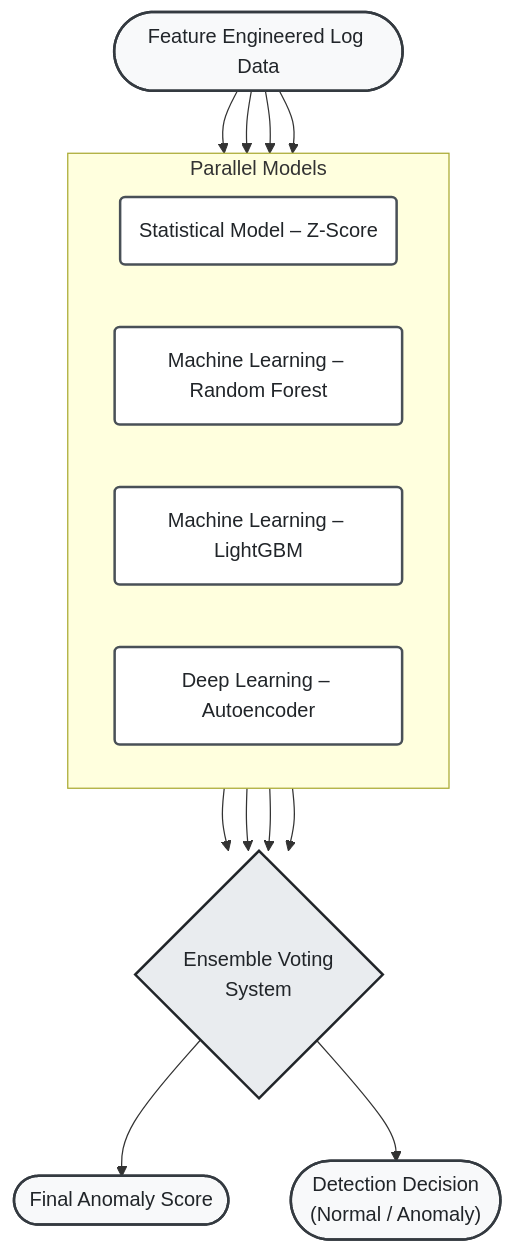
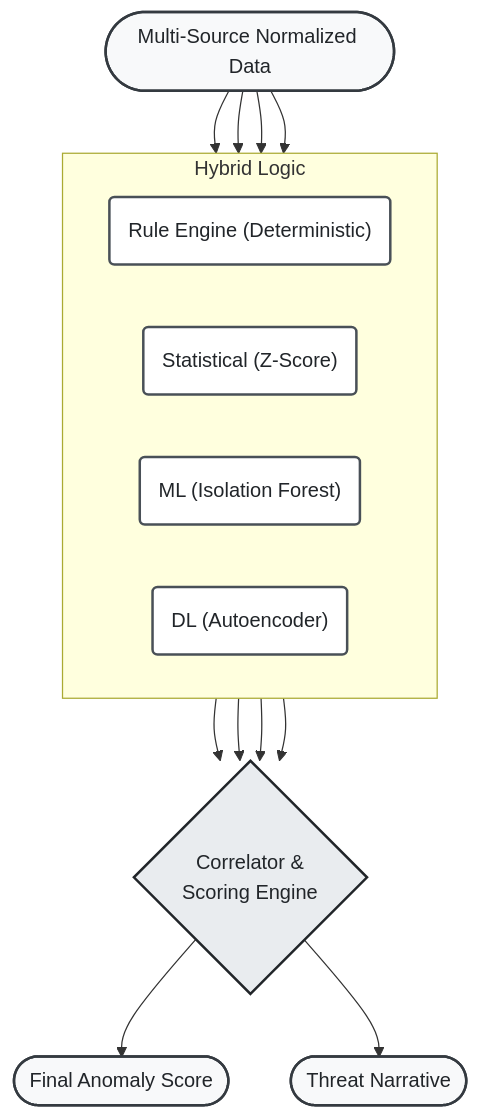
The second of 3 diagrams in architecture_diagrams.md (tsmanral/ai-security-log-agent), drawn with Mermaid before and after one commit. The commit also changed other lines of this file and 73 other files, not shown here.

````diff
--- a/architecture_diagrams.md
+++ b/architecture_diagrams.md
@@ -76,34 +76,25 @@
 ```mermaid
 flowchart TD
     classDef block fill:#ffffff,stroke:#495057,stroke-width:2px,color:#212529,rx:4,ry:4;
     classDef terminal fill:#f8f9fa,stroke:#343a40,stroke-width:2px,color:#212529,rx:15,ry:15;
     classDef ensemble fill:#e9ecef,stroke:#212529,stroke-width:2px,color:#212529,rx:6,ry:6;
 
-    In(["Feature Engineered Log Data"]):::terminal
+    In(["Multi-Source Normalized Data"]):::terminal
 
-    subgraph Parallel Models
+    subgraph Hybrid Logic
         direction LR
-        M1("Statistical Model – Z-Score"):::block
-        M2("Machine Learning – Random Forest"):::block
-        M3("Machine Learning – LightGBM"):::block
-        M4("Deep Learning – Autoencoder"):::block
+        M1("Rule Engine (Deterministic)"):::block
+        M2("Statistical (Z-Score)"):::block
+        M3("ML (Isolation Forest)"):::block
+        M4("DL (Autoencoder)"):::block
     end
 
-    Ens{"Ensemble Voting<br/>System"}:::ensemble
+    Ens{"Correlator &<br/>Scoring Engine"}:::ensemble
 
     Out1(["Final Anomaly Score"]):::terminal
-    Out2(["Detection Decision<br/>(Normal / Anomaly)"]):::terminal
+    Out2(["Threat Narrative"]):::terminal
 
-    In --> M1
-    In --> M2
-    In --> M3
-    In --> M4
-
-    M1 --> Ens
-    M2 --> Ens
-    M3 --> Ens
-    M4 --> Ens
-
-    Ens --> Out1
-    Ens --> Out2
+    In --> M1 & M2 & M3 & M4
+    M1 & M2 & M3 & M4 --> Ens
+    Ens --> Out1 & Out2
 ```
````
